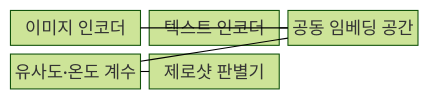
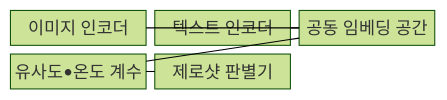
Before and after one commit to agnusdei1207/knowledge-base: the first of 2 diagrams in src/content/docs/notes/08-latest-tech/089_clip.md, drawn with Mermaid (forest theme). The commit also changed other lines of this file and 953 other files, not shown here.

````diff
--- a/src/content/docs/notes/08-latest-tech/089_clip.md
+++ b/src/content/docs/notes/08-latest-tech/089_clip.md
@@ -66,13 +66,13 @@
 ```mermaid
 block-beta
   columns 3
   A["이미지 인코더"]
   B["텍스트 인코더"]
   C["공동 임베딩 공간"]
-  D["유사도·온도 계수"]
+  D["유사도•온도 계수"]
   E["제로샷 판별기"]
   A --- C
   B --- C
   C --- D
   D --- E
 ```
````
